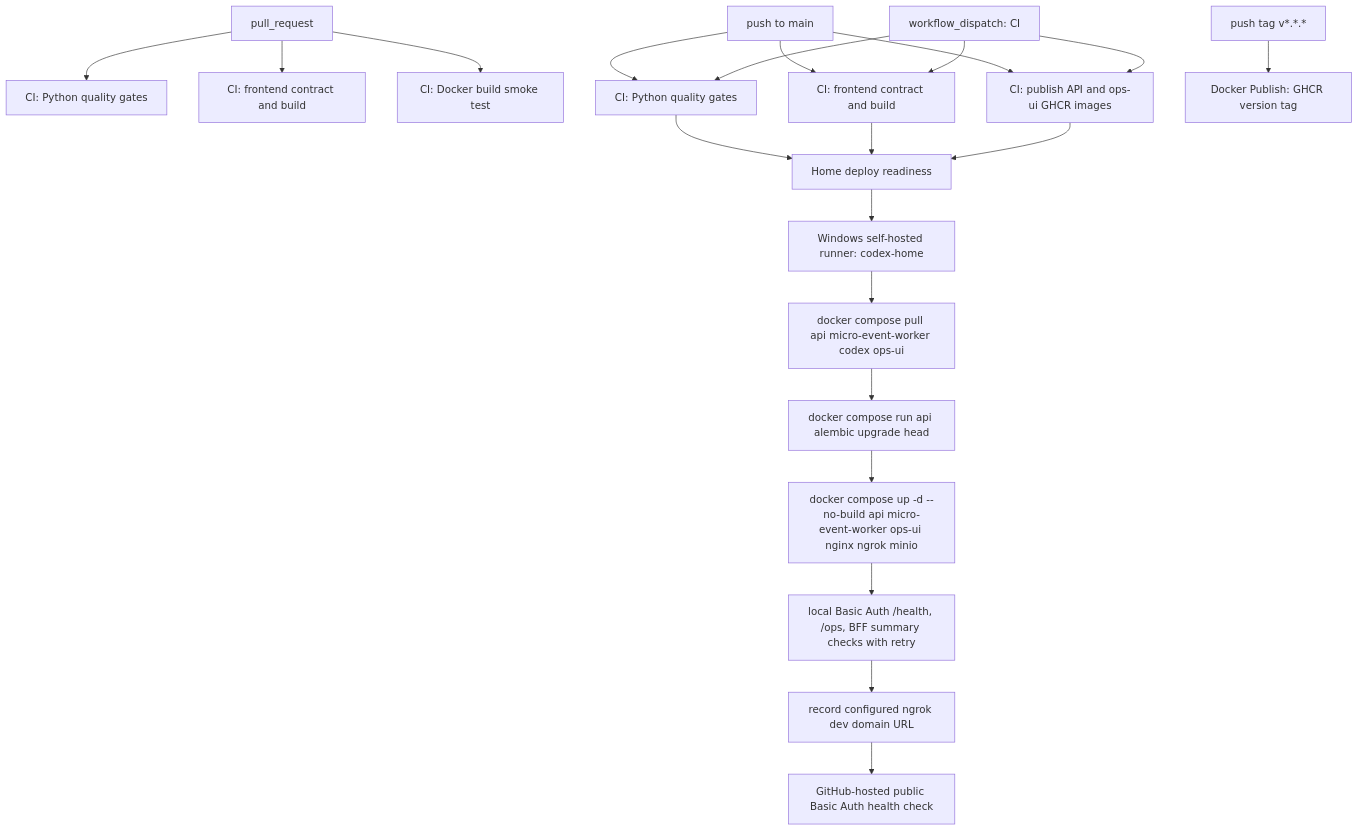
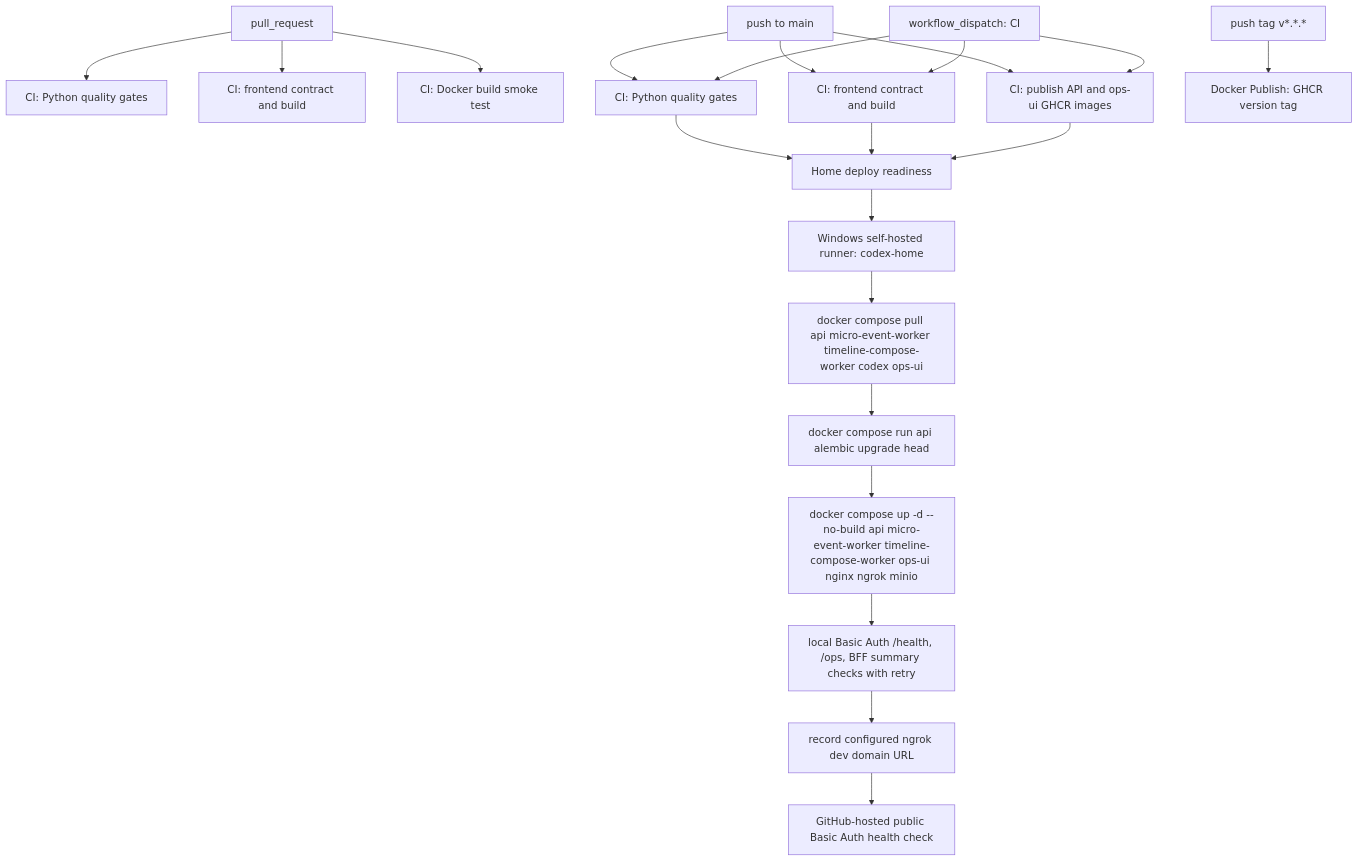
One commit to Mabaragi/codex-youtube-pipeline changed the first of 5 diagrams in docs/CICD.md. Above: the diagram before and after it, drawn with Mermaid. The commit also changed other lines of this file and 41 other files, not shown here.

First line of the commit message:
feat(timelines): add queued timeline compose worker

````diff
--- a/docs/CICD.md
+++ b/docs/CICD.md
@@ -16,26 +16,26 @@
 ```mermaid
 flowchart TD
     PR["pull_request"] --> QualityPR["CI: Python quality gates"]
     PR --> FrontendPR["CI: frontend contract and build"]
     PR --> DockerPR["CI: Docker build smoke test"]
 
     Main["push to main"] --> QualityMain["CI: Python quality gates"]
     Main --> FrontendMain["CI: frontend contract and build"]
     Main --> PublishMain["CI: publish API and ops-ui GHCR images"]
 
     QualityMain --> Preflight["Home deploy readiness"]
     FrontendMain --> Preflight
     PublishMain --> Preflight
     Preflight --> HomeRunner["Windows self-hosted runner: codex-home"]
-    HomeRunner --> PullImages["docker compose pull api micro-event-worker codex ops-ui"]
+    HomeRunner --> PullImages["docker compose pull api micro-event-worker timeline-compose-worker codex ops-ui"]
     PullImages --> Migration["docker compose run api alembic upgrade head"]
-    Migration --> ComposeDeploy["docker compose up -d --no-build api micro-event-worker ops-ui nginx ngrok minio"]
+    Migration --> ComposeDeploy["docker compose up -d --no-build api micro-event-worker timeline-compose-worker ops-ui nginx ngrok minio"]
     ComposeDeploy --> LocalHealth["local Basic Auth /health, /ops, BFF summary checks with retry"]
     LocalHealth --> CaptureUrl["record configured ngrok dev domain URL"]
     CaptureUrl --> PublicHealth["GitHub-hosted public Basic Auth health check"]
 
     Tag["push tag v*.*.*"] --> PublishTag["Docker Publish: GHCR version tag"]
     Manual["workflow_dispatch: CI"] --> QualityMain
     Manual --> FrontendMain
     Manual --> PublishMain
 ```
````
